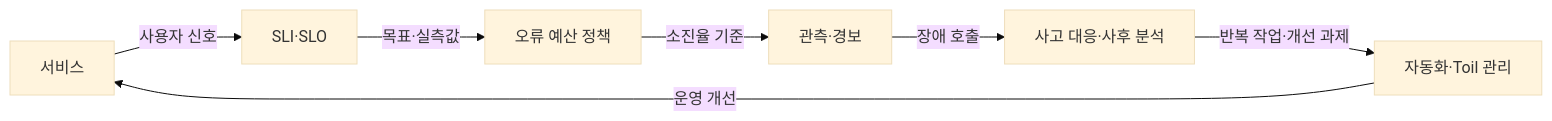
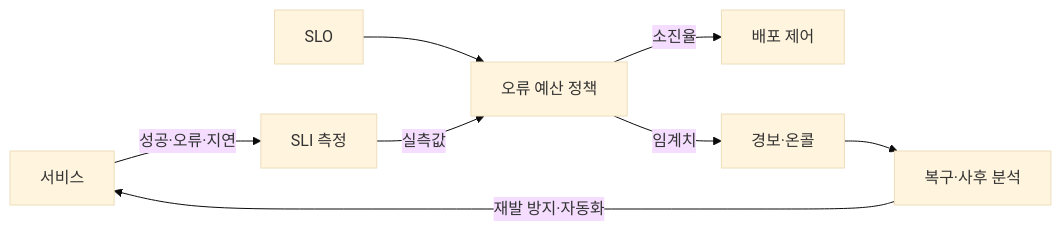
The first of 2 diagrams in src/content/docs/notes/03-software/164_site_reliability_engineering.md (agnusdei1207/knowledge-base), drawn with Mermaid (base theme) before and after one commit. The commit also changed other lines of this file and 20 other files, not shown here.

````diff
--- a/src/content/docs/notes/03-software/164_site_reliability_engineering.md
+++ b/src/content/docs/notes/03-software/164_site_reliability_engineering.md
@@ -53,9 +57,10 @@
 ```mermaid
 flowchart LR
-    S["서비스"] -->|"사용자 신호"| A["SLI·SLO"]
-    A -->|"목표·실측값"| B["오류 예산 정책"]
-    B -->|"소진율 기준"| C["관측·경보"]
-    C -->|"장애 호출"| D["사고 대응·사후 분석"]
-    D -->|"반복 작업·개선 과제"| E["자동화·Toil 관리"]
-    E -->|"운영 개선"| S
+    S["서비스"] -->|"성공·오류·지연"| M["SLI 측정"]
+    O["SLO"] --> B["오류 예산 정책"]
+    M -->|"실측값"| B
+    B -->|"소진율"| D["배포 제어"]
+    B -->|"임계치"| A["경보·온콜"]
+    A --> P["복구·사후 분석"]
+    P -->|"재발 방지·자동화"| S
 ```
````
